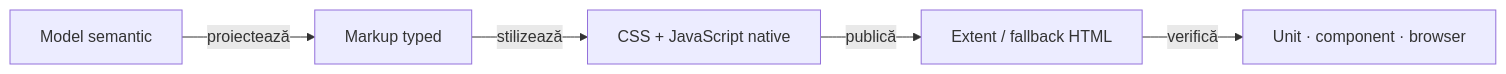
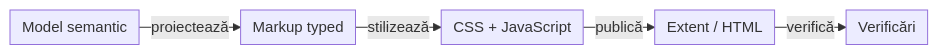
One commit to crististefanita/atf_j0 changed the diagram in docs/ATF_Reporting_Display_Contract.md. Above: the diagram before and after it, drawn with Mermaid. The commit also changed other lines of this file and 97 other files, not shown here.

````diff
--- a/docs/ATF_Reporting_Display_Contract.md
+++ b/docs/ATF_Reporting_Display_Contract.md
@@ -15,7 +15,8 @@
 ```mermaid
+%%{init: {"themeVariables":{"fontSize":"15px"},"themeCSS":".nodeLabel, .nodeLabel p { font-size: 15px !important; line-height: 1.35 !important; } .edgeLabel, .edgeLabel p { font-size: 12px !important; font-weight: 400 !important; line-height: 1.2 !important; } .edgeLabel .labelBkg, .edgeLabel p { background: transparent !important; } .edgeLabel foreignObject { transform: translateY(-18px); overflow: visible; } .node rect { rx: 6px; ry: 6px; }","flowchart":{"curve":"linear","nodeSpacing":24,"rankSpacing":24,"padding":6,"diagramPadding":20}}}%%
 flowchart LR
     Model[Model semantic] -->|proiectează| Markup[Markup typed]
-    Markup -->|stilizează| Assets[CSS + JavaScript native]
-    Assets -->|publică| Artifact[Extent / fallback HTML]
-    Artifact -->|verifică| Proof[Unit · component · browser]
+    Markup -->|stilizează| Assets["CSS + JavaScript"]
+    Assets -->|publică| Artifact["Extent / HTML"]
+    Artifact -->|verifică| Proof["Verificări"]
 ```
````
